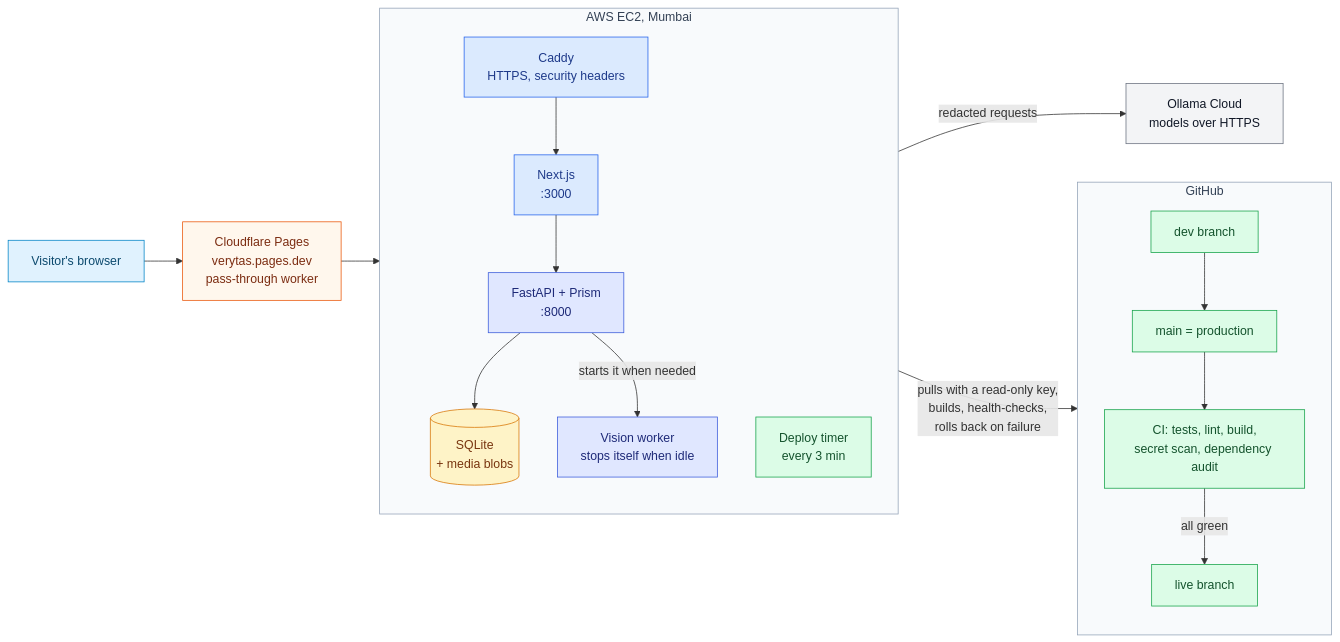
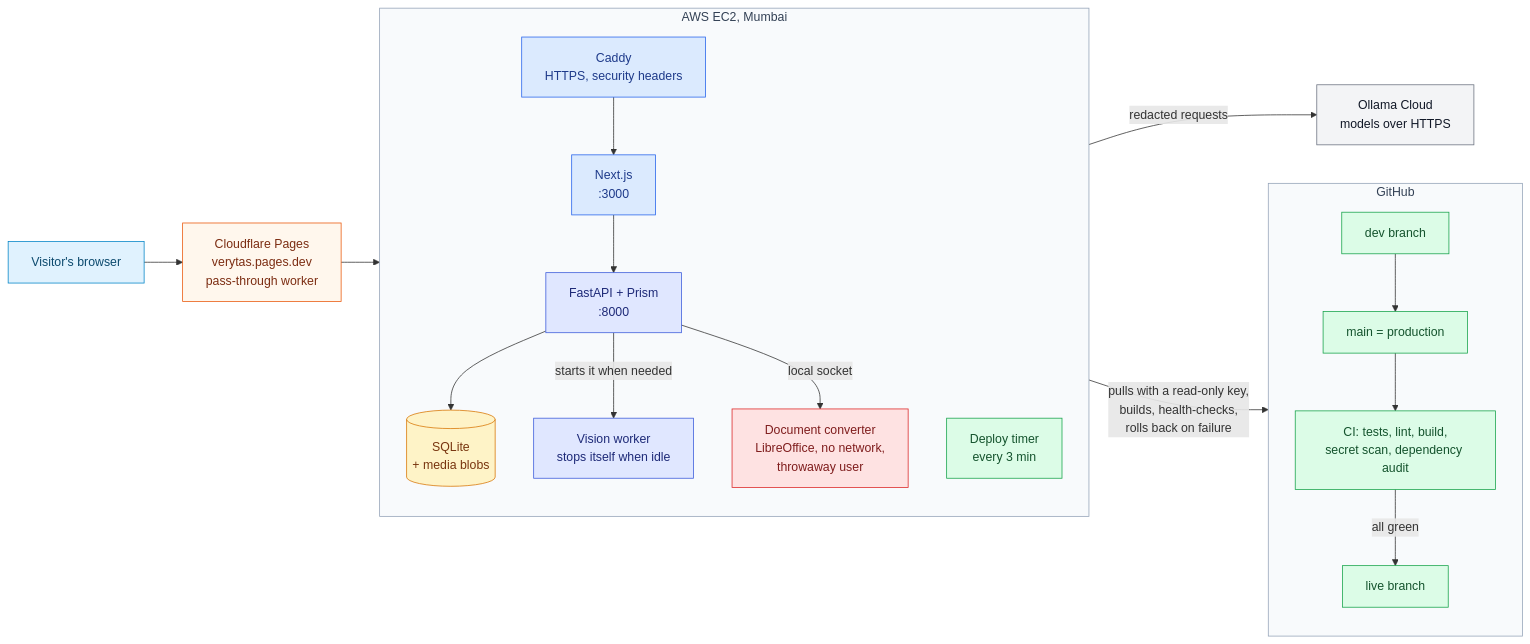
One commit to varadarajjborkar/verytas changed the third of 3 diagrams in README.md. Above: the diagram before and after it, drawn with Mermaid. The commit also changed other lines of this file and 5 other files, not shown here.

````diff
--- a/README.md
+++ b/README.md
@@ -132,42 +134,45 @@
 ```mermaid
 flowchart LR
     U["Visitor's browser"]:::client
     CF["Cloudflare Pages<br/>verytas.pages.dev<br/>pass-through worker"]:::edge
 
     subgraph AWS["AWS EC2, Mumbai"]
         direction TB
         CAD["Caddy<br/>HTTPS, security headers"]:::web
         NX["Next.js<br/>:3000"]:::web
         FA["FastAPI + Prism<br/>:8000"]:::api
         SQ[("SQLite<br/>+ media blobs")]:::data
         TM["Deploy timer<br/>every 3 min"]:::ops
         VW["Vision worker<br/>stops itself when idle"]:::api
+        CV["Document converter<br/>LibreOffice, no network,<br/>throwaway user"]:::sec
         CAD --> NX --> FA --> SQ
         FA -- "starts it when needed" --> VW
+        FA -- "local socket" --> CV
     end
 
     OL["Ollama Cloud<br/>models over HTTPS"]:::ext
 
     subgraph GH["GitHub"]
         direction TB
         DEV["dev branch"]:::ops
         MAIN["main = production"]:::ops
         CI["CI: tests, lint, build,<br/>secret scan, dependency audit"]:::ops
         LIVE["live branch"]:::ops
         DEV --> MAIN --> CI -- "all green" --> LIVE
     end
 
     U --> CF --> CAD
     FA -- "redacted requests" --> OL
     TM -- "pulls with a read-only key,<br/>builds, health-checks,<br/>rolls back on failure" --> LIVE
 
     style AWS fill:#f8fafc,stroke:#94a3b8,color:#334155
     style GH fill:#f8fafc,stroke:#94a3b8,color:#334155
     classDef client fill:#e0f2fe,stroke:#0284c7,color:#0c4a6e
     classDef edge fill:#fff7ed,stroke:#ea580c,color:#7c2d12
     classDef web fill:#dbeafe,stroke:#2563eb,color:#1e3a8a
     classDef api fill:#e0e7ff,stroke:#3b5bdb,color:#1e2a78
     classDef data fill:#fef3c7,stroke:#d97706,color:#78350f
     classDef ext fill:#f3f4f6,stroke:#6b7280,color:#111827
     classDef ops fill:#dcfce7,stroke:#16a34a,color:#14532d
+    classDef sec fill:#fee2e2,stroke:#dc2626,color:#7f1d1d
 ```
````
